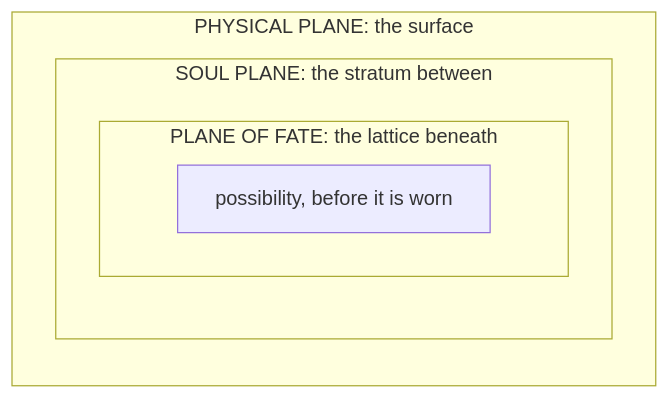
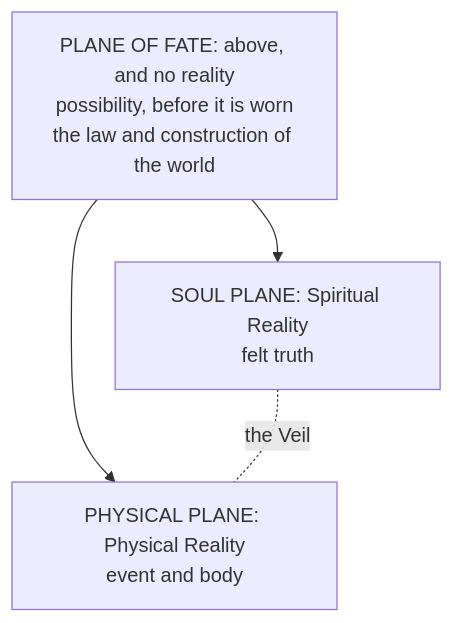
One commit to vispotvision/wotr-rule-index changed the diagram in wiki/Cosmology & Metaphysics/The Making of the World/Omnara and the Division.md. Above: the diagram before and after it, drawn with Mermaid. The commit also changed other lines of this file and 114 other files, not shown here.

````diff
--- a/wiki/Cosmology & Metaphysics/The Making of the World/Omnara and the Division.md
+++ b/wiki/Cosmology & Metaphysics/The Making of the World/Omnara and the Division.md
@@ -50,12 +50,7 @@
 ```mermaid
-flowchart LR
-    subgraph PP["PHYSICAL PLANE: the surface"]
-        direction TB
-        subgraph SP["SOUL PLANE: the stratum between"]
-            direction TB
-            subgraph PF["PLANE OF FATE: the lattice beneath"]
-                X["possibility, before it is worn"]
-            end
-        end
-    end
+flowchart TD
+    PF["PLANE OF FATE: above, and no reality<br>possibility, before it is worn<br>the law and construction of the world"]
+    PF --> SP["SOUL PLANE: Spiritual Reality<br>felt truth"]
+    PF --> PP["PHYSICAL PLANE: Physical Reality<br>event and body"]
+    SP -.-|"the Veil"| PP
 ```
````
